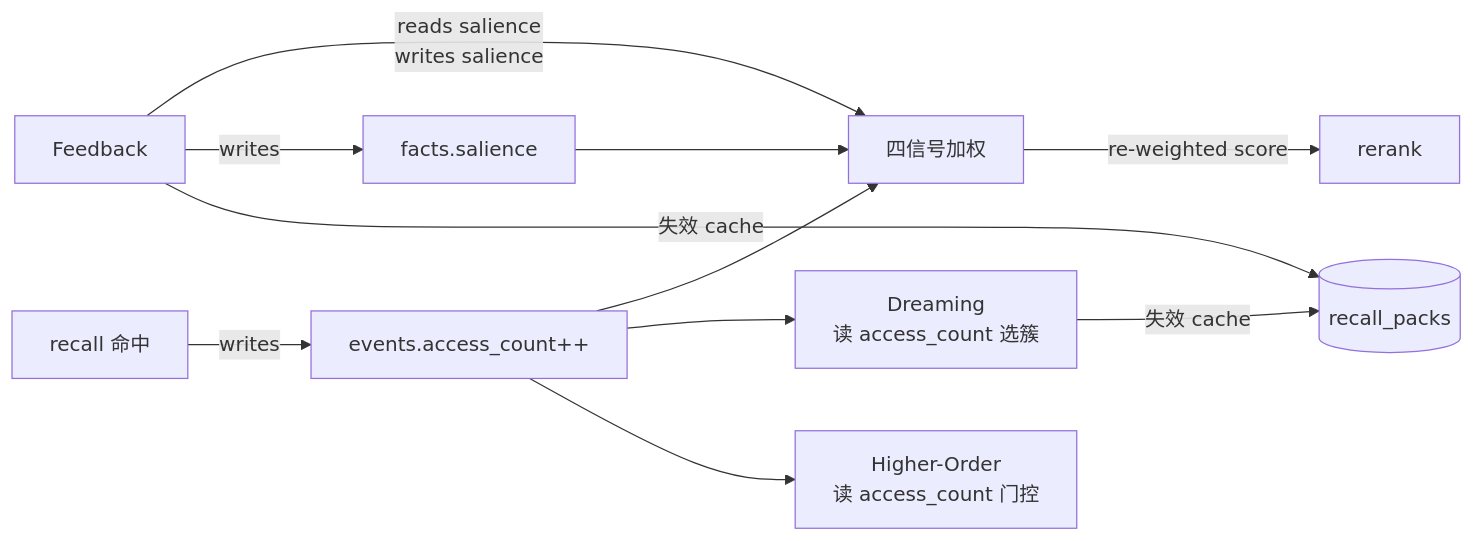
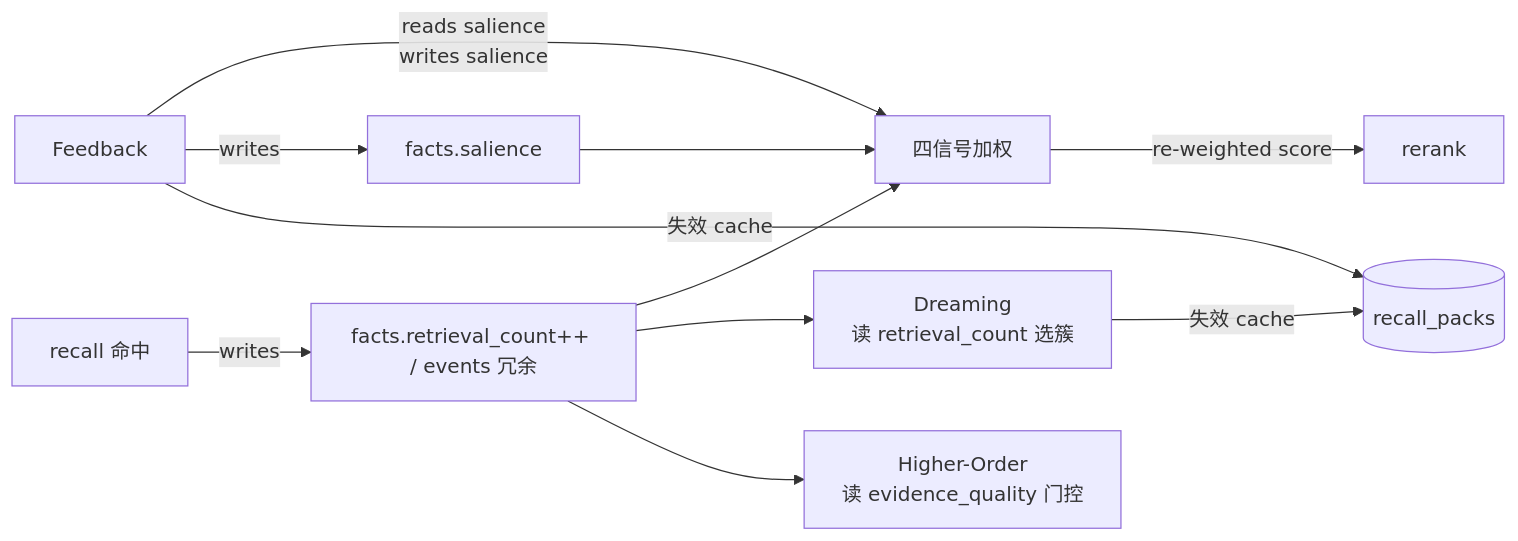
One commit to pty819/cortex-py-book changed the first of 2 diagrams in source/chapters/10-signal-bus.md. Above: the diagram before and after it, drawn with Mermaid. The commit also changed other lines of this file and 16 other files, not shown here.

````diff
--- a/source/chapters/10-signal-bus.md
+++ b/source/chapters/10-signal-bus.md
@@ -21,13 +21,13 @@
 ```{mermaid}
 graph LR
-    R[recall 命中] -->|writes| AC[events.access_count++]
-    AC --> SRW[四信号加权]
+    R[recall 命中] -->|writes| RC[facts.retrieval_count++ / events 冗余]
+    RC --> SRW[四信号加权]
     FB[Feedback] -->|reads salience<br/>writes salience| SRW
     SRW -->|re-weighted score| RR[rerank]
-    AC --> DR[Dreaming<br/>读 access_count 选簇]
-    AC --> HO[Higher-Order<br/>读 access_count 门控]
+    RC --> DR[Dreaming<br/>读 retrieval_count 选簇]
+    RC --> HO[Higher-Order<br/>读 evidence_quality 门控]
     FB -->|writes| SAL[facts.salience]
     SAL --> SRW
     DR -->|失效 cache| CACHE[(recall_packs)]
     FB -->|失效 cache| CACHE
 ```
````
